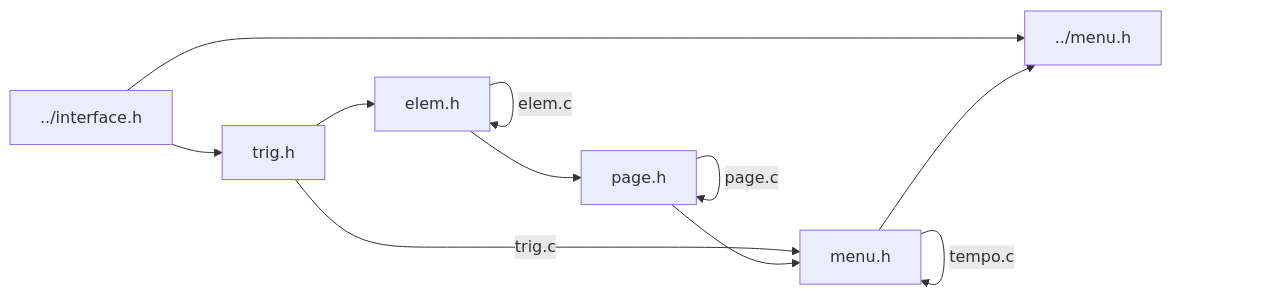
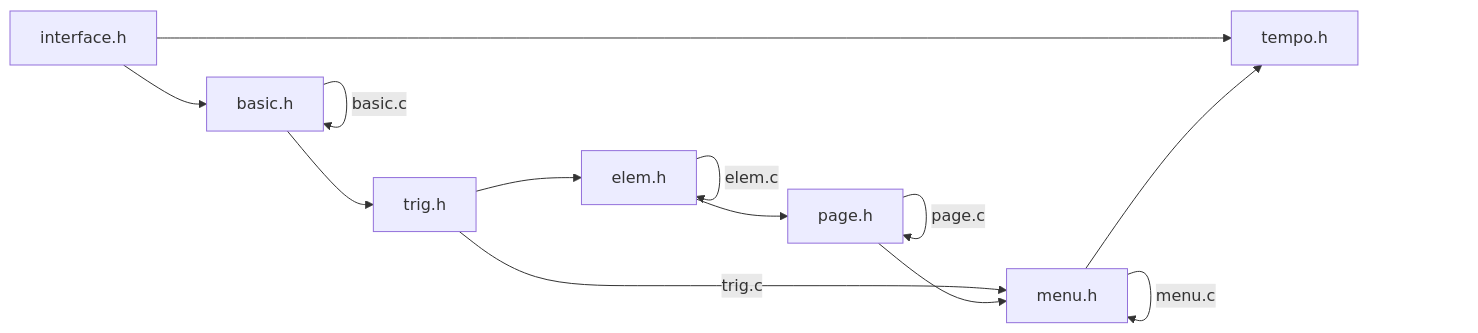
One commit to ShilianShen/Jasmin changed the diagram in src/jasmin/tempo/README.md. Above: the diagram before and after it, drawn with Mermaid. The commit also changed other lines of this file and 31 other files, not shown here.

````diff
--- a/src/jasmin/tempo/README.md
+++ b/src/jasmin/tempo/README.md
@@ -3,9 +3,10 @@
 ```mermaid
 graph LR
-    ../interface.h --> trig.h --> elem.h --> page.h --> menu.h --> ../menu.h
+    interface.h --> basic.h --> trig.h --> elem.h --> page.h --> menu.h --> tempo.h
+    basic.h -- basic.c --> basic.h
     trig.h -- trig.c --> menu.h
     elem.h -- elem.c --> elem.h
     page.h -- page.c --> page.h
-    menu.h -- tempo.c --> menu.h
-    ../interface.h --> ../menu.h
+    menu.h -- menu.c --> menu.h
+    interface.h --> tempo.h
 ```
````
